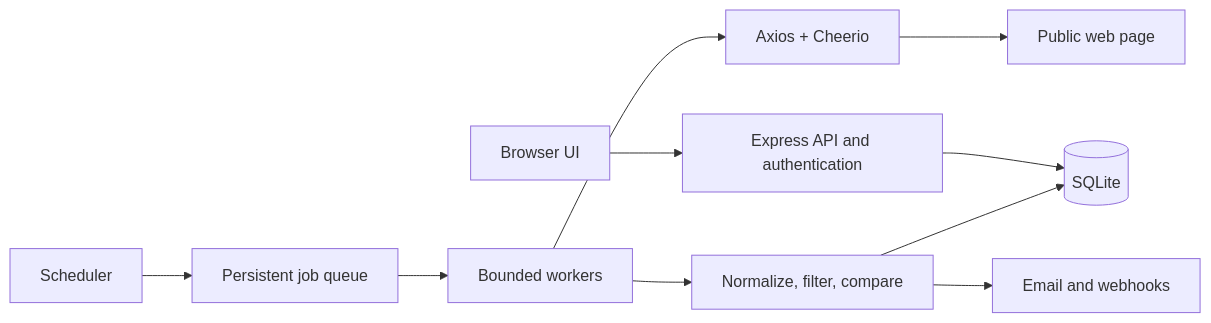
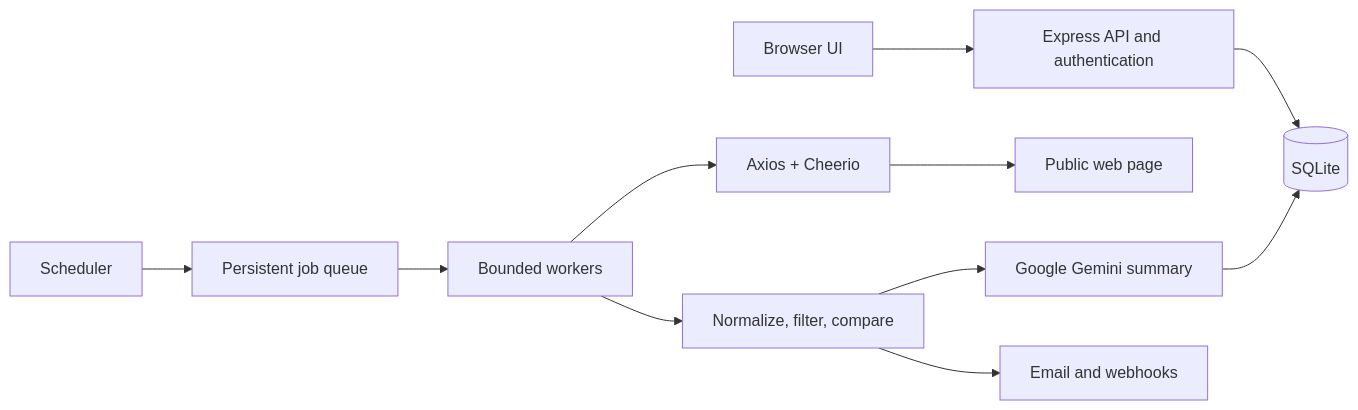
One commit to dhruvtrivedi-hub/website-change-detector changed the diagram in README.md. Above: the diagram before and after it, drawn with Mermaid. The commit also changed other lines of this file and 7 other files, not shown here.

````diff
--- a/README.md
+++ b/README.md
@@ -38,12 +41,13 @@
 ```mermaid
 flowchart LR
     Browser[Browser UI] --> API[Express API and authentication]
     API --> DB[(SQLite)]
     Scheduler[Scheduler] --> Queue[Persistent job queue]
     Queue --> Worker[Bounded workers]
     Worker --> Scraper[Axios + Cheerio]
     Scraper --> Page[Public web page]
     Worker --> Diff[Normalize, filter, compare]
-    Diff --> DB
+    Diff --> Gemini[Google Gemini summary]
+    Gemini --> DB
     Diff --> Alerts[Email and webhooks]
 ```
````
